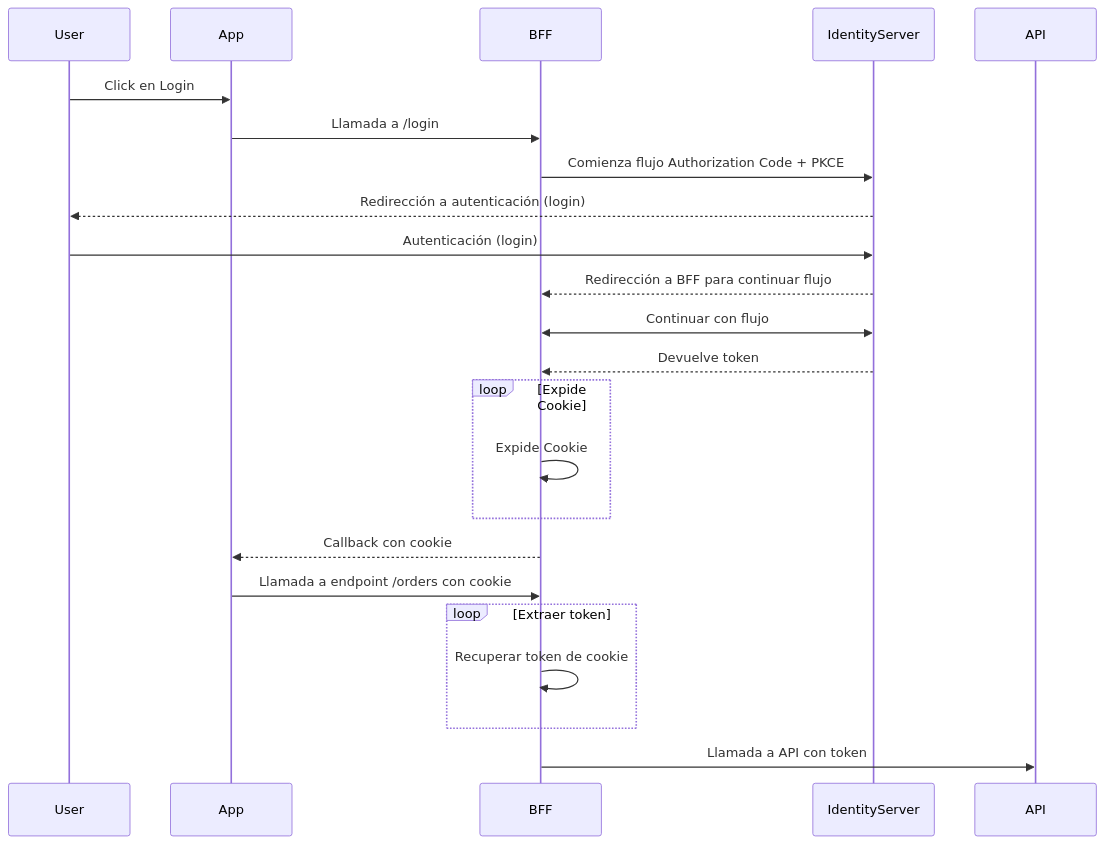
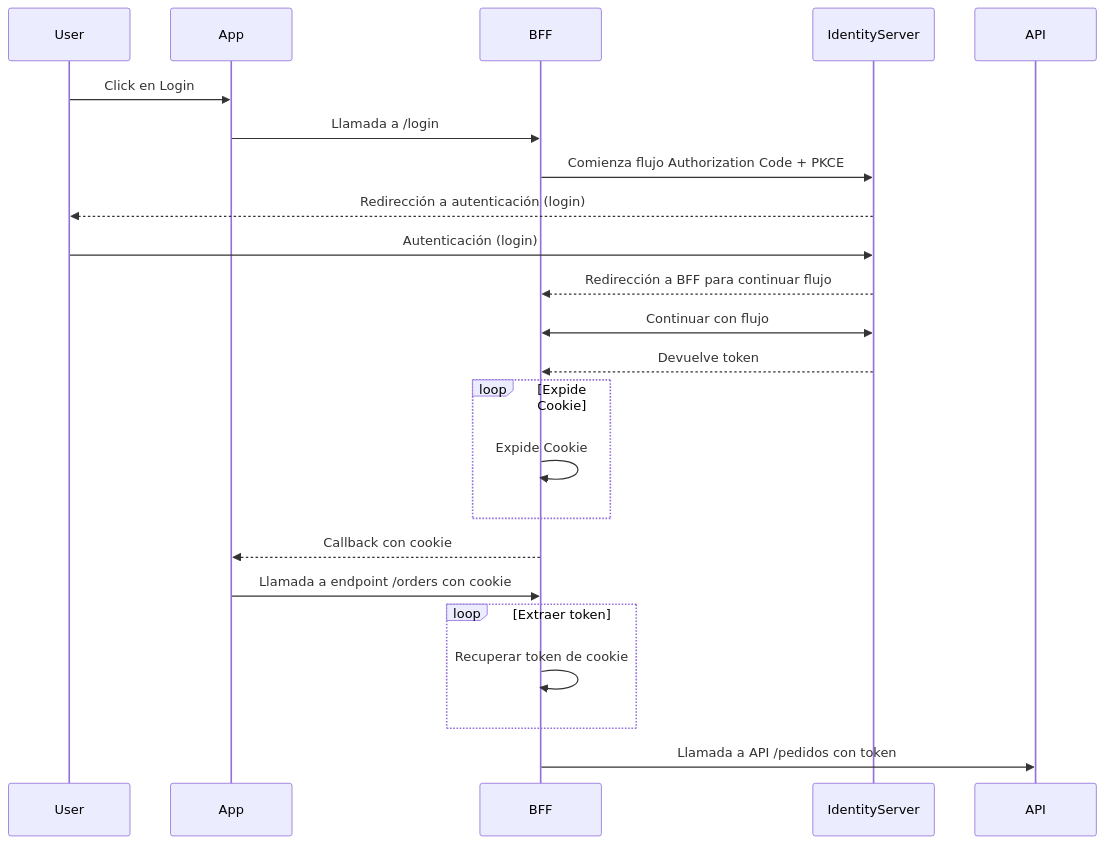
One commit to virubiotor/authentication-made-simple changed the diagram in docs/bff_simplified.md. Above: the diagram before and after it, drawn with Mermaid. The commit also changed 2 other files, not shown here.

Commit message:
docs: small updates in flows diagrams

````diff
--- a/docs/bff_simplified.md
+++ b/docs/bff_simplified.md
@@ -1,26 +1,26 @@
 ```mermaid
 sequenceDiagram
     participant User
     participant App
     participant BFF
     participant IdentityServer
     participant API
 
     User->>App: Click en Login
     App->>BFF: Llamada a /login
     BFF->>IdentityServer: Comienza flujo Authorization Code + PKCE
     IdentityServer-->>User: Redirección a autenticación (login)
     User->>IdentityServer: Autenticación (login)
     IdentityServer-->>BFF: Redirección a BFF para continuar flujo
     IdentityServer<<->>BFF: Continuar con flujo
     IdentityServer-->>BFF: Devuelve token
     loop Expide Cookie
         BFF->>BFF: Expide Cookie
     end
     BFF-->>App: Callback con cookie
     App->>BFF: Llamada a endpoint /orders con cookie
     loop Extraer token
         BFF->>BFF: Recuperar token de cookie
     end
-    BFF->>API: Llamada a API con token
+    BFF->>API: Llamada a API /pedidos con token
 ```
````
